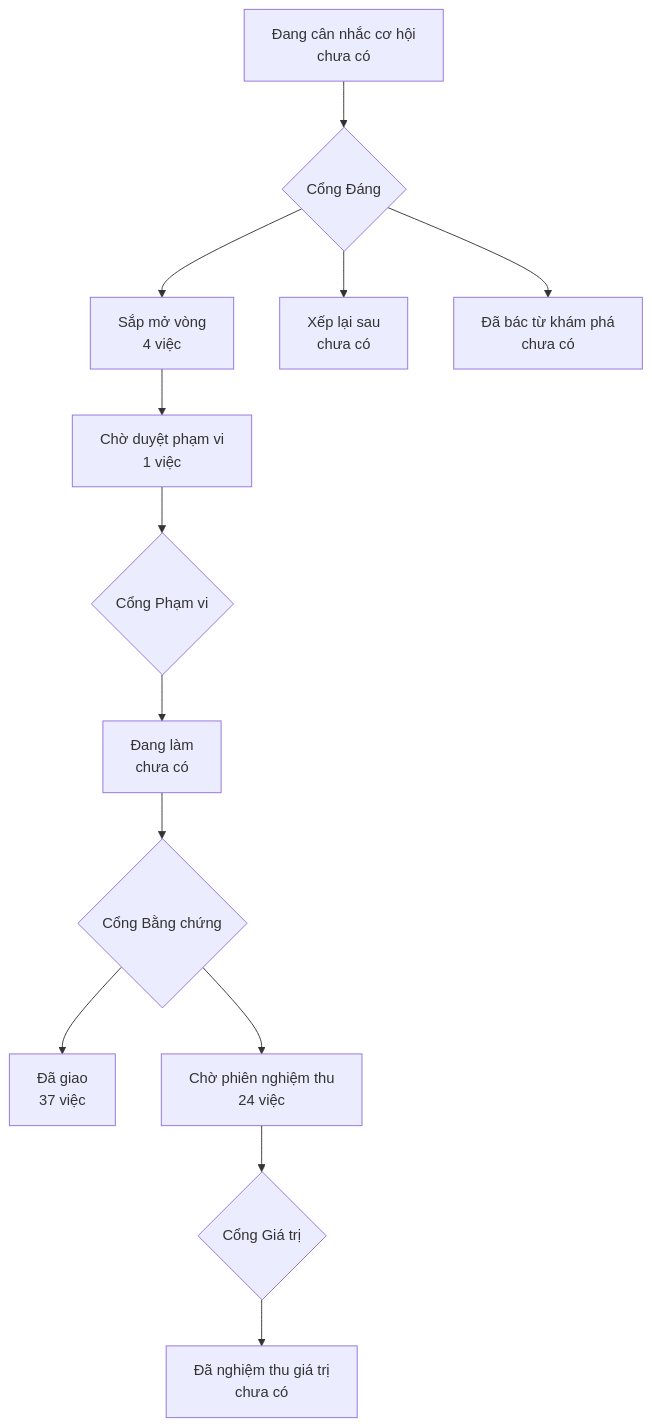
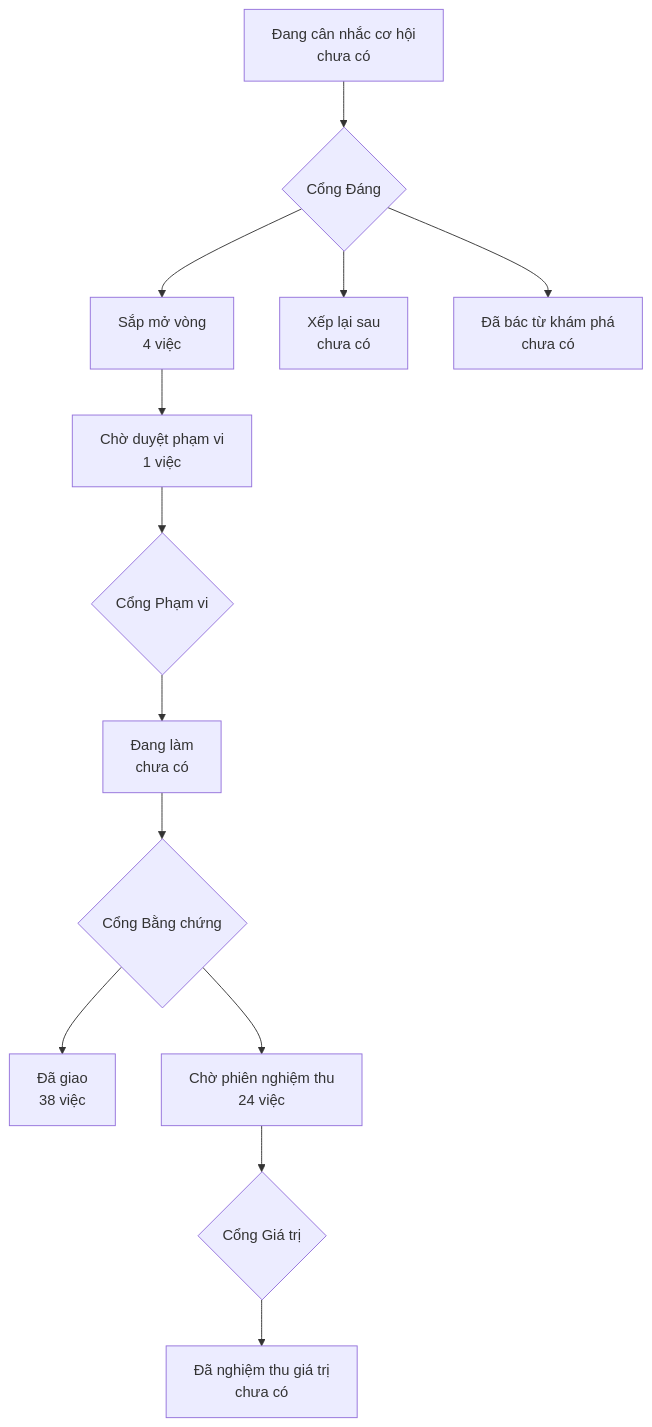
Before and after one commit to phanlemanh/onehub-invest: the diagram in PRODUCT-MAP.md, drawn with Mermaid. The commit also changed other lines of this file and 1 other file, not shown here.

Commit message:
chore(lo-trinh): vẽ lại bản đồ sau gộp main

````diff
--- a/PRODUCT-MAP.md
+++ b/PRODUCT-MAP.md
@@ -7,12 +7,12 @@
 ```mermaid
 flowchart TD
   A["Đang cân nhắc cơ hội<br/>chưa có"] --> GD{"Cổng Đáng"}
   GD --> B["Sắp mở vòng<br/>4 việc"]
   GD --> XL["Xếp lại sau<br/>chưa có"]
   GD --> DB["Đã bác từ khám phá<br/>chưa có"]
   B --> CD["Chờ duyệt phạm vi<br/>1 việc"] --> GP{"Cổng Phạm vi"}
   GP --> DL["Đang làm<br/>chưa có"] --> GB{"Cổng Bằng chứng"}
-  GB --> DG["Đã giao<br/>37 việc"]
+  GB --> DG["Đã giao<br/>38 việc"]
   GB --> CN["Chờ phiên nghiệm thu<br/>24 việc"] --> GG{"Cổng Giá trị"}
   GG --> NT["Đã nghiệm thu giá trị<br/>chưa có"]
 ```
````
